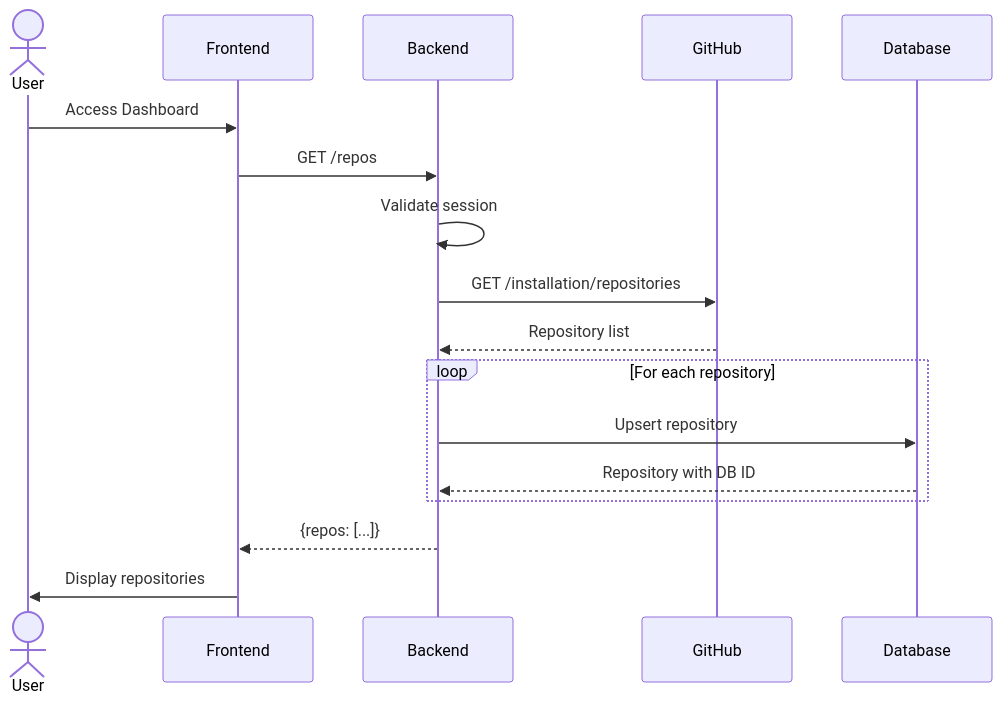
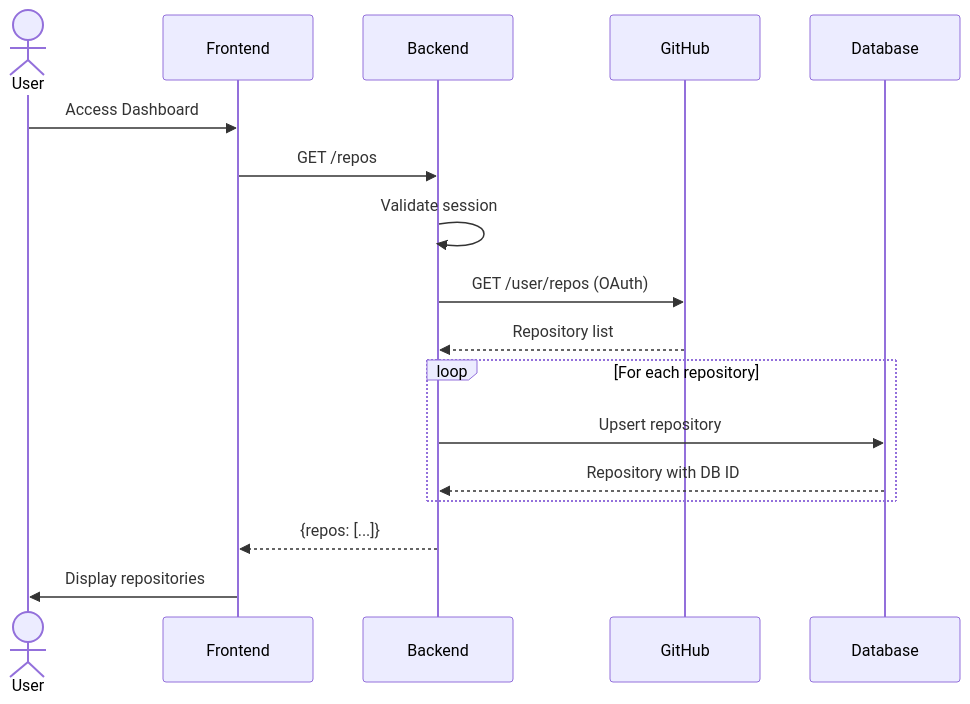
The fourth of 8 diagrams in README.md (luanpontolio/ai-coverage-improver), drawn with Mermaid before and after one commit. The commit also changed other lines of this file and 8 other files, not shown here.

````diff
--- a/README.md
+++ b/README.md
@@ -179,22 +180,22 @@
 ```mermaid
 sequenceDiagram
     actor User
     participant Frontend
     participant Backend
     participant GitHub
     participant Database
 
     User->>Frontend: Access Dashboard
     Frontend->>Backend: GET /repos
     Backend->>Backend: Validate session
-    Backend->>GitHub: GET /installation/repositories
+    Backend->>GitHub: GET /user/repos (OAuth)
     GitHub-->>Backend: Repository list
     
     loop For each repository
         Backend->>Database: Upsert repository
         Database-->>Backend: Repository with DB ID
     end
     
     Backend-->>Frontend: {repos: [...]}
     Frontend->>User: Display repositories
 ```
````
